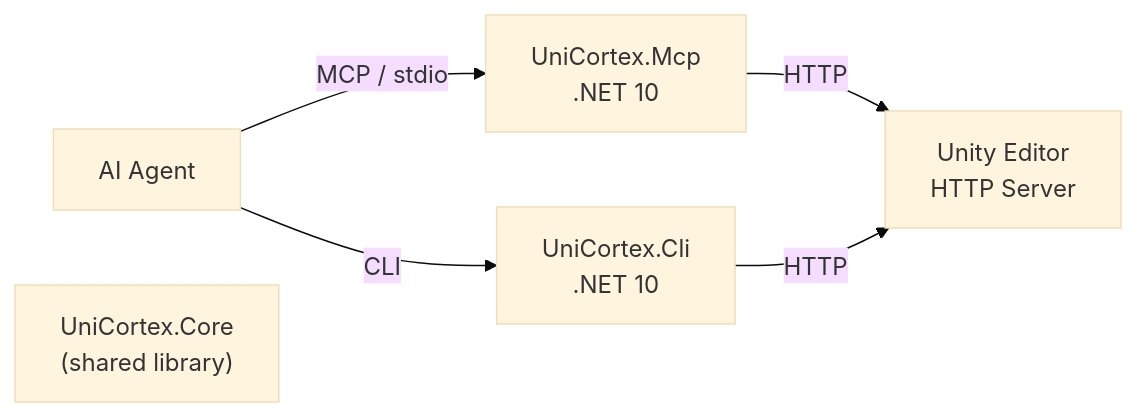
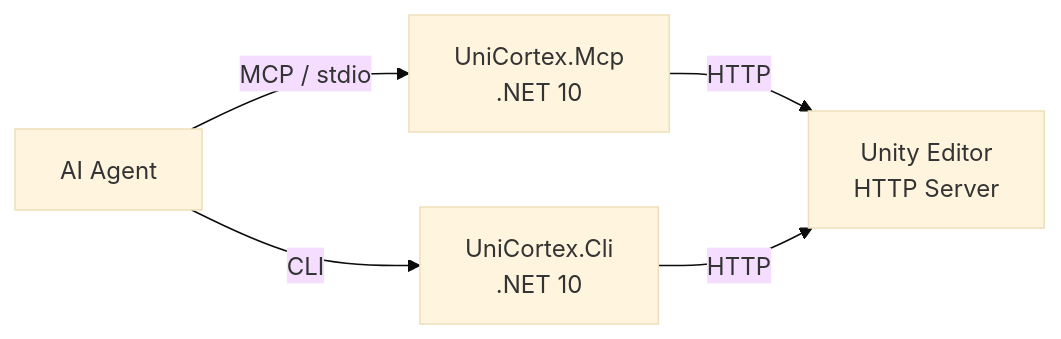
The diagram in .github/DRAFT_README.md (VeyronSakai/UniCortex), drawn with Mermaid (base theme) before and after one commit.

````diff
--- a/.github/DRAFT_README.md
+++ b/.github/DRAFT_README.md
@@ -188,13 +188,12 @@
 ```mermaid
 graph LR
     Agent["AI Agent"]
     MCP["UniCortex.Mcp<br/>.NET 10"]
     CLI["UniCortex.Cli<br/>.NET 10"]
-    Core["UniCortex.Core<br/>(shared library)"]
     Unity["Unity Editor<br/>HTTP Server"]
 
     Agent -- "MCP / stdio" --> MCP
     Agent -- "CLI" --> CLI
     MCP -- "HTTP" --> Unity
     CLI -- "HTTP" --> Unity
 ```
````
